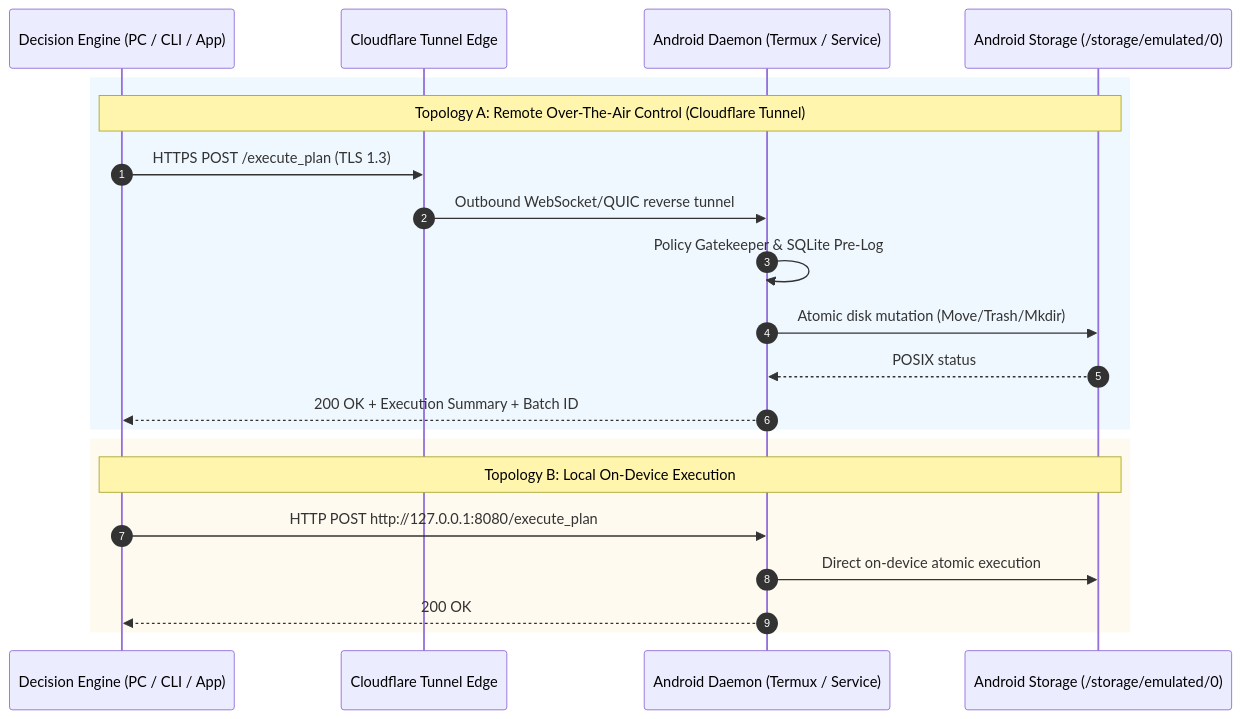
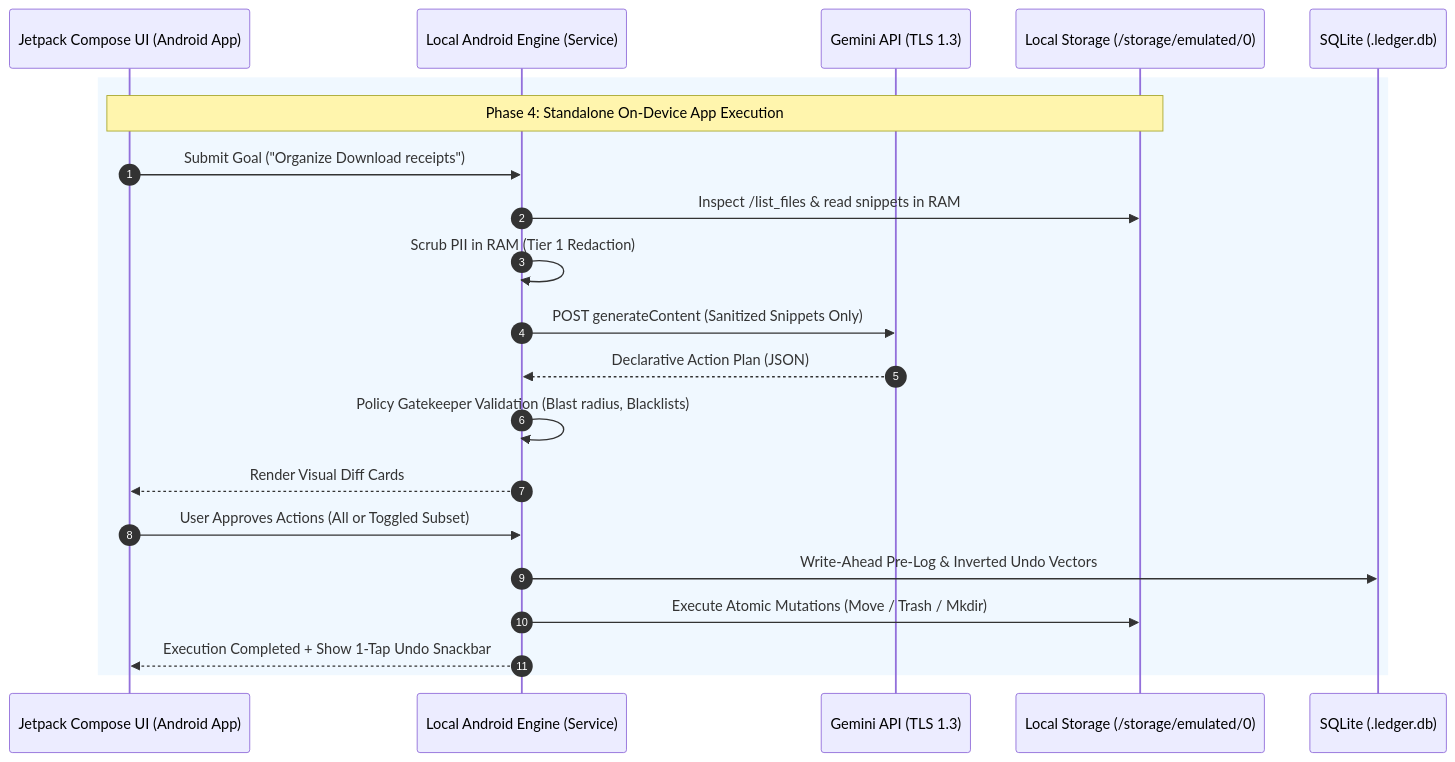
The second of 2 diagrams in docs/SYSTEM_ARCHITECTURE.md (ImranTahir673/mobile-agent-storage-bridge), drawn with Mermaid before and after one commit. The commit also changed other lines of this file and 3 other files, not shown here.

Commit message:
docs: finalize phase 4 native android architecture, pii matrix, and ipc specs

````diff
--- a/docs/SYSTEM_ARCHITECTURE.md
+++ b/docs/SYSTEM_ARCHITECTURE.md
@@ -129,25 +227,24 @@
 ```mermaid
 sequenceDiagram
     autonumber
-    participant Client as Decision Engine (PC / CLI / App)
-    participant Tunnel as Cloudflare Tunnel Edge
-    participant Daemon as Android Daemon (Termux / Service)
-    participant Storage as Android Storage (/storage/emulated/0)
+    participant UI as Jetpack Compose UI (Android App)
+    participant Core as Local Android Engine (Service)
+    participant Gemini as Gemini API (TLS 1.3)
+    participant Storage as Local Storage (/storage/emulated/0)
+    participant Ledger as SQLite (.ledger.db)
 
     rect rgb(240, 248, 255)
-    Note over Client, Storage: Topology A: Remote Over-The-Air Control (Cloudflare Tunnel)
-    Client->>Tunnel: HTTPS POST /execute_plan (TLS 1.3)
-    Tunnel->>Daemon: Outbound WebSocket/QUIC reverse tunnel
-    Daemon->>Daemon: Policy Gatekeeper & SQLite Pre-Log
-    Daemon->>Storage: Atomic disk mutation (Move/Trash/Mkdir)
-    Storage-->>Daemon: POSIX status
-    Daemon-->>Client: 200 OK + Execution Summary + Batch ID
-    end
-
-    rect rgb(255, 250, 240)
-    Note over Client, Storage: Topology B: Local On-Device Execution
-    Client->>Daemon: HTTP POST http://127.0.0.1:8080/execute_plan
-    Daemon->>Storage: Direct on-device atomic execution
-    Daemon-->>Client: 200 OK
+    Note over UI, Storage: Phase 4: Standalone On-Device App Execution
+    UI->>Core: Submit Goal ("Organize Download receipts")
+    Core->>Storage: Inspect /list_files & read snippets in RAM
+    Core->>Core: Scrub PII in RAM (Tier 1 Redaction)
+    Core->>Gemini: POST generateContent (Sanitized Snippets Only)
+    Gemini-->>Core: Declarative Action Plan (JSON)
+    Core->>Core: Policy Gatekeeper Validation (Blast radius, Blacklists)
+    Core-->>UI: Render Visual Diff Cards
+    UI->>Core: User Approves Actions (All or Toggled Subset)
+    Core->>Ledger: Write-Ahead Pre-Log & Inverted Undo Vectors
+    Core->>Storage: Execute Atomic Mutations (Move / Trash / Mkdir)
+    Core-->>UI: Execution Completed + Show 1-Tap Undo Snackbar
     end
 ```
````
